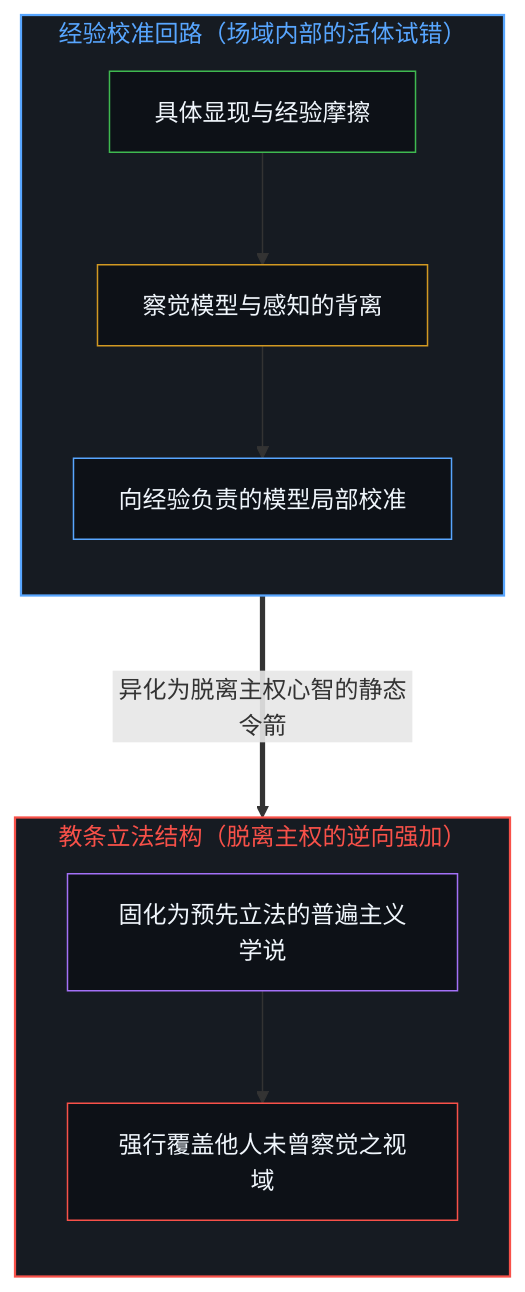
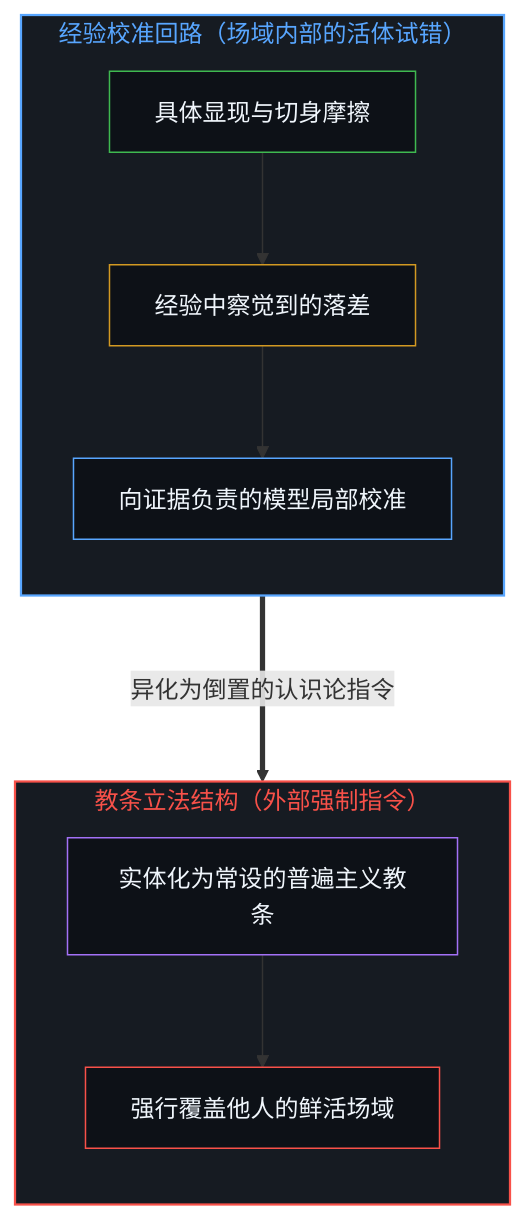
Before and after one commit to powerpig99/not-a-toe: the third of 4 diagrams in content/posts/the-ledger-of-the-unencountered.md, drawn with Mermaid. The commit also changed other lines of this file and 3 other files, not shown here.

````diff
--- a/content/posts/the-ledger-of-the-unencountered.md
+++ b/content/posts/the-ledger-of-the-unencountered.md
@@ -87,24 +87,24 @@
 ```mermaid
 flowchart TD
     subgraph S_Dynamic ["经验校准回路（场域内部的活体试错）"]
         direction TB
         style S_Dynamic fill:#161b22,stroke:#58a6ff,stroke-width:1.5px,color:#58a6ff
-        Observation["具体显现与经验摩擦"]
-        Discrepancy["察觉模型与感知的背离"]
-        ModelAdjustment["向经验负责的模型局部校准"]
+        Observation["具体显现与切身摩擦"]
+        Discrepancy["经验中察觉到的落差"]
+        ModelAdjustment["向证据负责的模型局部校准"]
         style Observation fill:#0d1117,stroke:#3fb950,stroke-width:1px,color:#f0f6fc
         style Discrepancy fill:#0d1117,stroke:#d29922,stroke-width:1px,color:#f0f6fc
         style ModelAdjustment fill:#0d1117,stroke:#58a6ff,stroke-width:1px,color:#f0f6fc
     end
-    subgraph S_Dogma ["教条立法结构（脱离主权的逆向强加）"]
+    subgraph S_Dogma ["教条立法结构（外部强制指令）"]
         direction TB
         style S_Dogma fill:#161b22,stroke:#f85149,stroke-width:1.5px,color:#f85149
-        StandingMandate["固化为预先立法的普遍主义学说"]
-        CoerciveFrame["强行覆盖他人未曾察觉之视域"]
+        StandingMandate["实体化为常设的普遍主义教条"]
+        CoerciveFrame["强行覆盖他人的鲜活场域"]
         style StandingMandate fill:#0d1117,stroke:#a371f7,stroke-width:1px,color:#f0f6fc
         style CoerciveFrame fill:#0d1117,stroke:#f85149,stroke-width:1px,color:#f0f6fc
     end
     Observation --> Discrepancy --> ModelAdjustment
-    ModelAdjustment ===>|"异化为脱离主权心智的静态令箭"| StandingMandate
+    ModelAdjustment ===>|"异化为倒置的认识论指令"| StandingMandate
     StandingMandate --> CoerciveFrame
 ```
````
